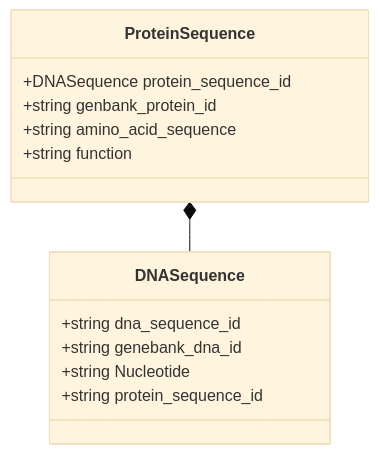
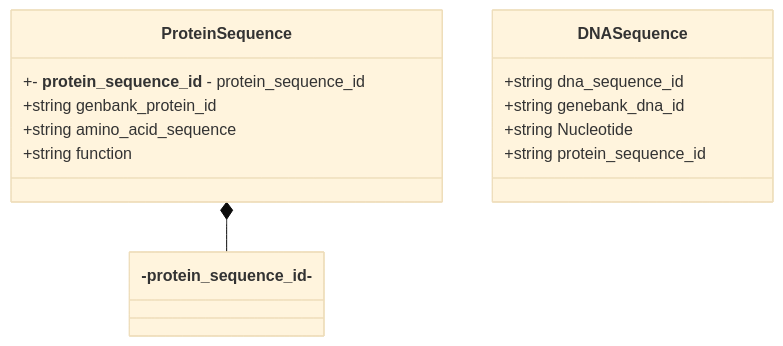
One commit to maxim945/Database-present changed the diagram in PyEEDexample1/schemes/PyEED Data Model.md. Above: the diagram before and after it, drawn with Mermaid (base theme). The commit also changed 2 other files, not shown here.

Commit message:
API update

````diff
--- a/PyEEDexample1/schemes/PyEED Data Model.md
+++ b/PyEEDexample1/schemes/PyEED Data Model.md
@@ -1,19 +1,19 @@
 ```mermaid
 classDiagram
-    ProteinSequence *-- DNASequence
+    ProteinSequence *-- - __protein_sequence_id__ -
     
     class ProteinSequence {
-        +DNASequence protein_sequence_id
+        +- __protein_sequence_id__ - protein_sequence_id
         +string genbank_protein_id
         +string amino_acid_sequence
         +string function
     }
     
     class DNASequence {
         +string dna_sequence_id
         +string genebank_dna_id
         +string Nucleotide
         +string protein_sequence_id
     }
     
 ```
````
